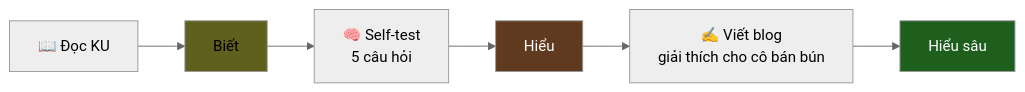
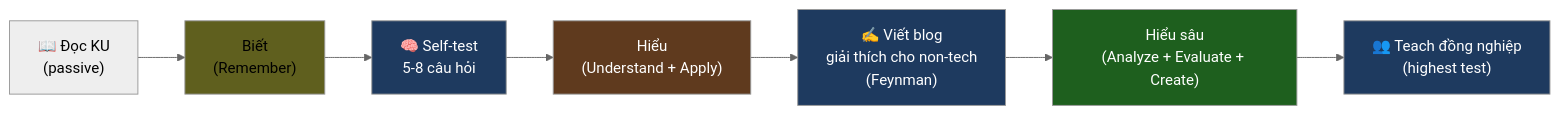
The first of 4 diagrams in learning/00-mental-models/03-know-vs-understand.md (ankinguyen-engineer-2002/realtime-data-ai-platform-digital-twin), drawn with Mermaid (neutral theme) before and after one commit. The commit also changed other lines of this file and 1 other file, not shown here.

````diff
--- a/learning/00-mental-models/03-know-vs-understand.md
+++ b/learning/00-mental-models/03-know-vs-understand.md
@@ -42,12 +97,14 @@
 ```mermaid
 flowchart LR
     classDef k fill:#5f5f1e,color:#000
     classDef u fill:#5f3a1e,color:#fff
-    classDef d fill:#1e5f1e,color:#fff
+    classDef m fill:#1e5f1e,color:#fff
+    classDef test fill:#1e3a5f,color:#fff
 
-    R["📖 Đọc KU"] --> Know["Biết"]:::k
-    Know --> ST["🧠 Self-test<br/>5 câu hỏi"]
-    ST --> Use["Hiểu"]:::u
-    Use --> B["✍️ Viết blog<br/>giải thích cho cô bán bún"]
-    B --> Deep["Hiểu sâu"]:::d
+    R["📖 Đọc KU<br/>(passive)"] --> Know["Biết<br/>(Remember)"]:::k
+    Know --> ST["🧠 Self-test<br/>5-8 câu hỏi"]:::test
+    ST --> Use["Hiểu<br/>(Understand + Apply)"]:::u
+    Use --> B["✍️ Viết blog<br/>giải thích cho non-tech<br/>(Feynman)"]:::test
+    B --> Deep["Hiểu sâu<br/>(Analyze + Evaluate + Create)"]:::m
+    Deep --> Teach["👥 Teach đồng nghiệp<br/>(highest test)"]:::test
 ```
````
